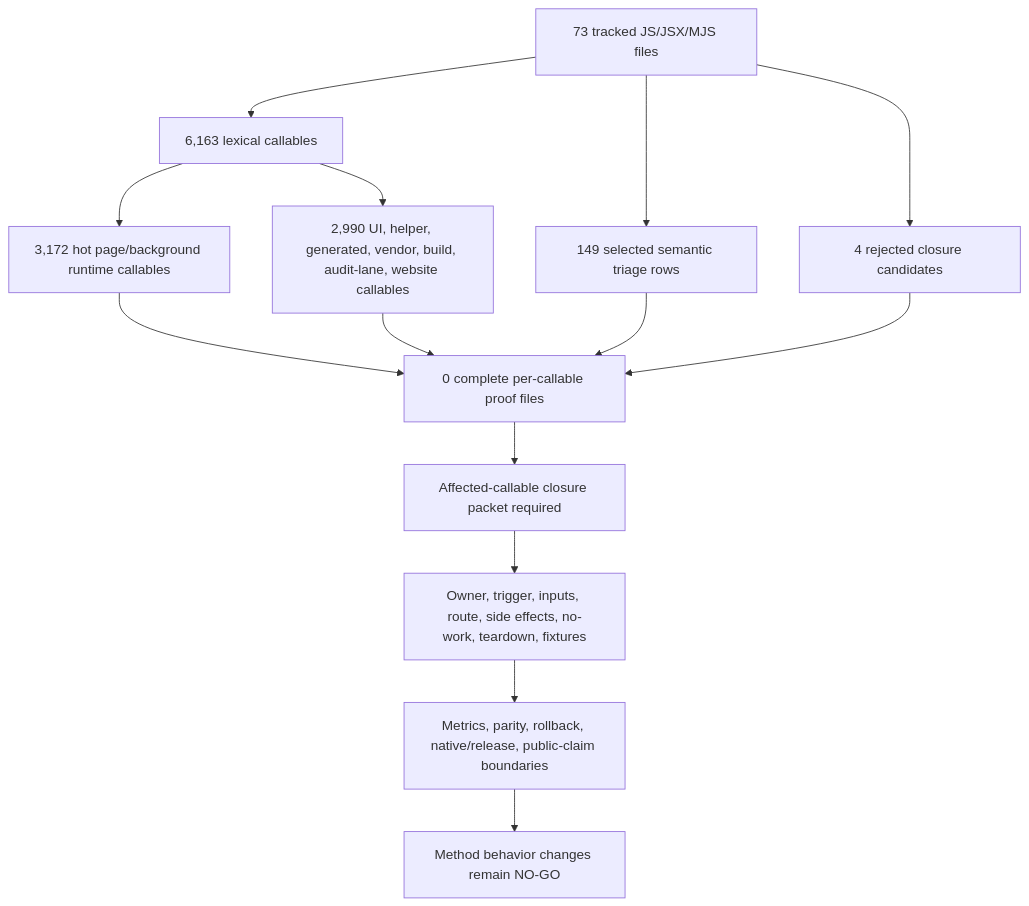
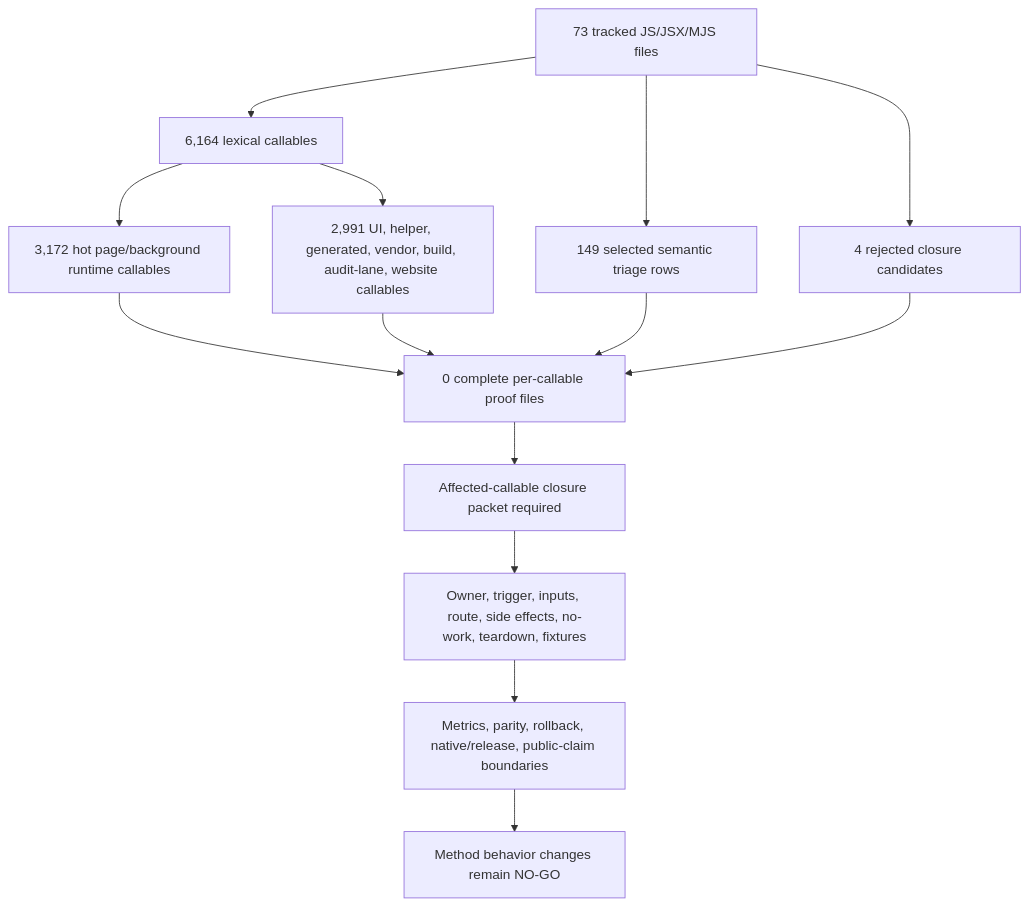
One commit to varshneydevansh/FilterTube changed the first of 2 diagrams in docs/audit/FILTERTUBE_METHOD_SEMANTIC_PROOF_GAP_INDEX_CURRENT_BEHAVIOR_2026-05-25.md. Above: the diagram before and after it, drawn with Mermaid. The commit also changed other lines of this file and 48 other files, not shown here.

````diff
--- a/docs/audit/FILTERTUBE_METHOD_SEMANTIC_PROOF_GAP_INDEX_CURRENT_BEHAVIOR_2026-05-25.md
+++ b/docs/audit/FILTERTUBE_METHOD_SEMANTIC_PROOF_GAP_INDEX_CURRENT_BEHAVIOR_2026-05-25.md
@@ -147,16 +147,16 @@
 ```mermaid
 flowchart TD
-  A["73 tracked JS/JSX/MJS files"] --> B["6,163 lexical callables"]
+  A["73 tracked JS/JSX/MJS files"] --> B["6,164 lexical callables"]
   B --> C["3,172 hot page/background runtime callables"]
-  B --> D["2,990 UI, helper, generated, vendor, build, audit-lane, website callables"]
+  B --> D["2,991 UI, helper, generated, vendor, build, audit-lane, website callables"]
   A --> E["149 selected semantic triage rows"]
   A --> F["4 rejected closure candidates"]
   C --> G["0 complete per-callable proof files"]
   D --> G
   E --> G
   F --> G
   G --> H["Affected-callable closure packet required"]
   H --> I["Owner, trigger, inputs, route, side effects, no-work, teardown, fixtures"]
   I --> J["Metrics, parity, rollback, native/release, public-claim boundaries"]
   J --> K["Method behavior changes remain NO-GO"]
 ```
````
